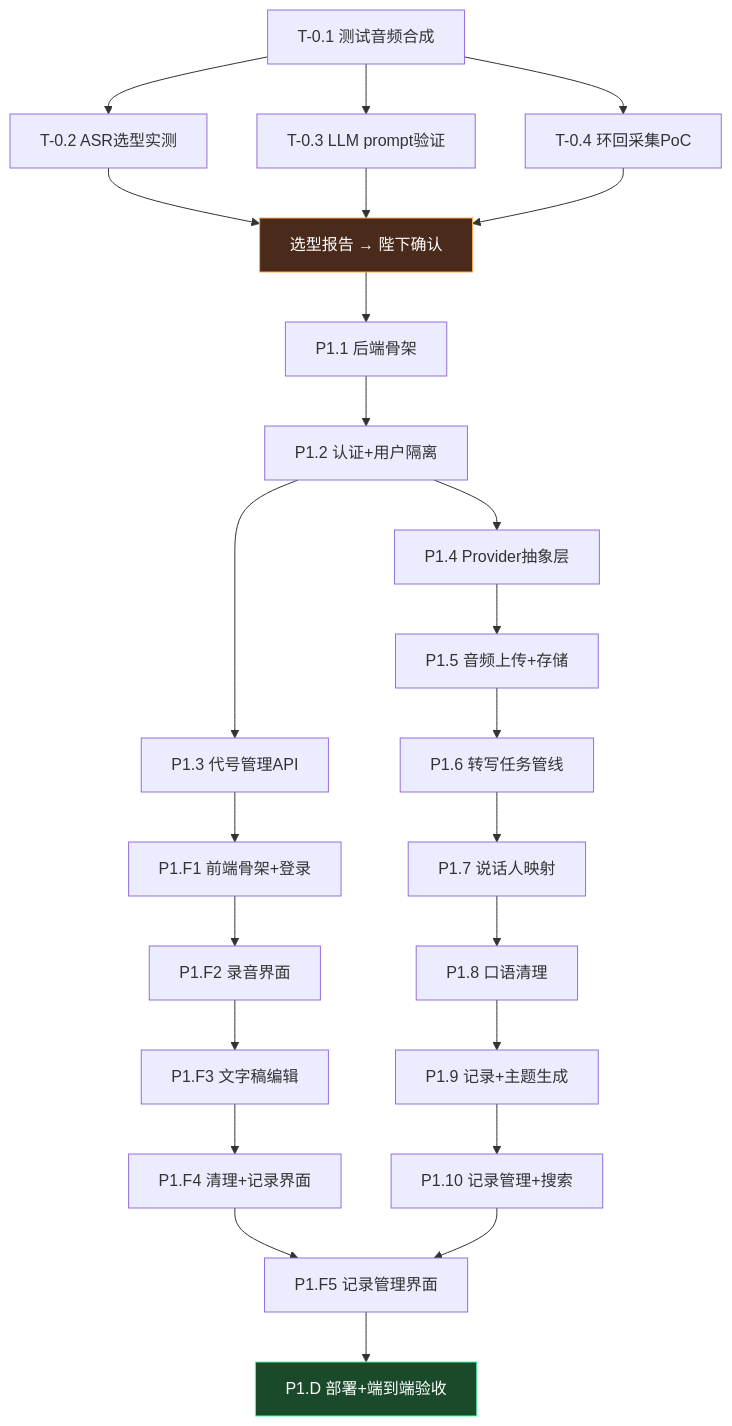
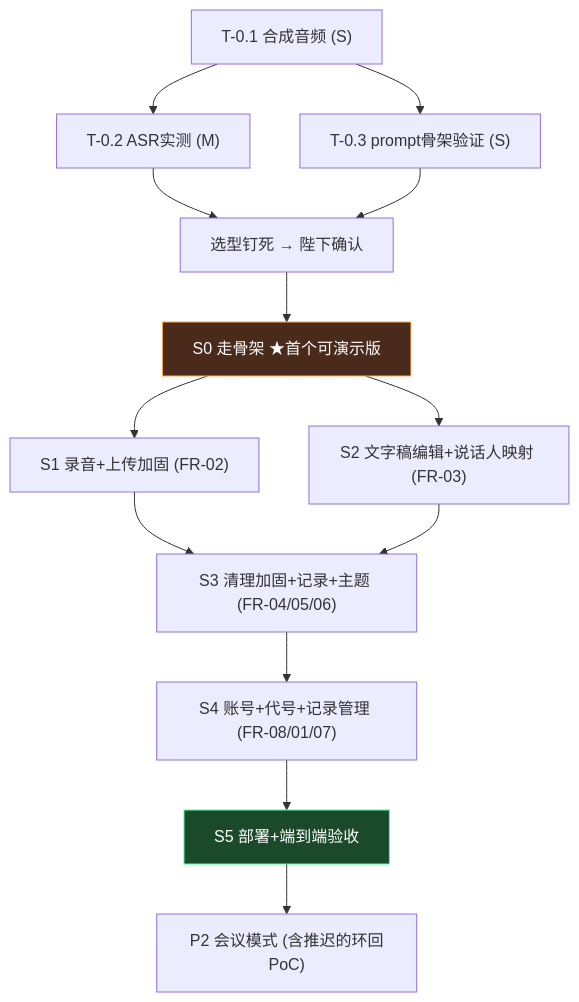
One commit to zhangbwgithub/MengPsyAssit changed the first of 2 diagrams in docs/01-任务书.md. Above: the diagram before and after it, drawn with Mermaid. The commit also changed other lines of this file and 4 other files, not shown here.

````diff
--- a/docs/01-任务书.md
+++ b/docs/01-任务书.md
@@ -20,30 +31,19 @@
 ```mermaid
 flowchart TD
-    P0A["T-0.1 测试音频合成"] --> P0B["T-0.2 ASR选型实测"]
-    P0A --> P0C["T-0.3 LLM prompt验证"]
-    P0A --> P0D["T-0.4 环回采集PoC"]
-    P0B --> P0R["选型报告 → 陛下确认"]
-    P0C --> P0R
-    P0D --> P0R
+    A["T-0.1 合成音频 (S)"] --> B["T-0.2 ASR实测 (M)"]
+    A --> C["T-0.3 prompt骨架验证 (S)"]
+    B --> R["选型钉死 → 陛下确认"]
+    C --> R
 
-    P0R --> T1["P1.1 后端骨架"]
-    T1 --> T2["P1.2 认证+用户隔离"]
-    T2 --> T3["P1.3 代号管理API"]
-    T2 --> T4["P1.4 Provider抽象层"]
-    T4 --> T5["P1.5 音频上传+存储"]
-    T5 --> T6["P1.6 转写任务管线"]
-    T6 --> T7["P1.7 说话人映射"]
-    T7 --> T8["P1.8 口语清理"]
-    T8 --> T9["P1.9 记录+主题生成"]
-    T9 --> T10["P1.10 记录管理+搜索"]
-    T3 --> F1["P1.F1 前端骨架+登录"]
-    F1 --> F2["P1.F2 录音界面"]
-    F2 --> F3["P1.F3 文字稿编辑"]
-    F3 --> F4["P1.F4 清理+记录界面"]
-    F4 --> F5["P1.F5 记录管理界面"]
-    T10 --> F5
-    F5 --> DEP["P1.D 部署+端到端验收"]
+    R --> S0["S0 走骨架 ★首个可演示版"]
+    S0 --> S1["S1 录音+上传加固 (FR-02)"]
+    S0 --> S2["S2 文字稿编辑+说话人映射 (FR-03)"]
+    S1 --> S3["S3 清理加固+记录+主题 (FR-04/05/06)"]
+    S2 --> S3
+    S3 --> S4["S4 账号+代号+记录管理 (FR-08/01/07)"]
+    S4 --> S5["S5 部署+端到端验收"]
+    S5 --> P2["P2 会议模式 (含推迟的环回PoC)"]
 
-    style P0R fill:#4a2a1a,stroke:#ffaa4a,color:#fff
-    style DEP fill:#1a4a2a,stroke:#4aff9e,color:#fff
+    style S0 fill:#4a2a1a,stroke:#ffaa4a,color:#fff
+    style S5 fill:#1a4a2a,stroke:#4aff9e,color:#fff
 ```
````
